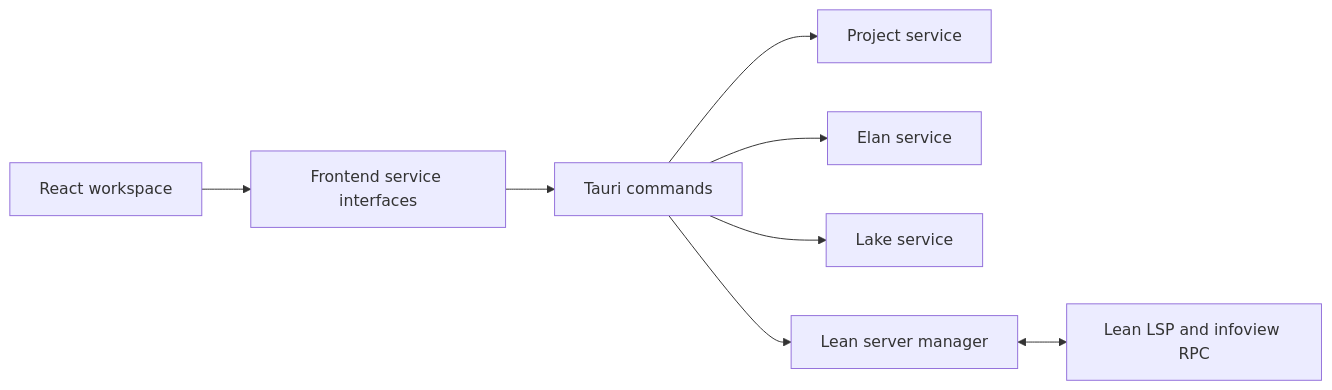
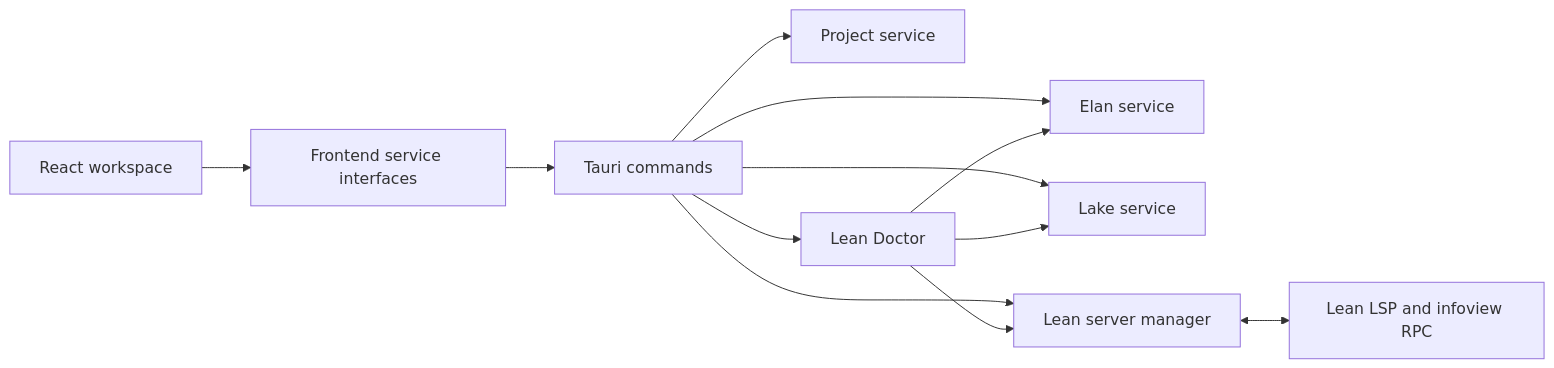
Before and after one commit to JGalego/LeanLander: the diagram in docs/architecture.md, drawn with Mermaid. The commit also changed other lines of this file and 14 other files, not shown here.

````diff
--- a/docs/architecture.md
+++ b/docs/architecture.md
@@ -7,10 +7,14 @@
 ```mermaid
 flowchart LR
   UI[React workspace] --> Services[Frontend service interfaces]
   Services --> Commands[Tauri commands]
   Commands --> Project[Project service]
   Commands --> Toolchain[Elan service]
   Commands --> Build[Lake service]
   Commands --> Server[Lean server manager]
+  Commands --> Doctor[Lean Doctor]
+  Doctor --> Toolchain
+  Doctor --> Build
+  Doctor --> Server
   Server <--> LSP[Lean LSP and infoview RPC]
 ```
````
